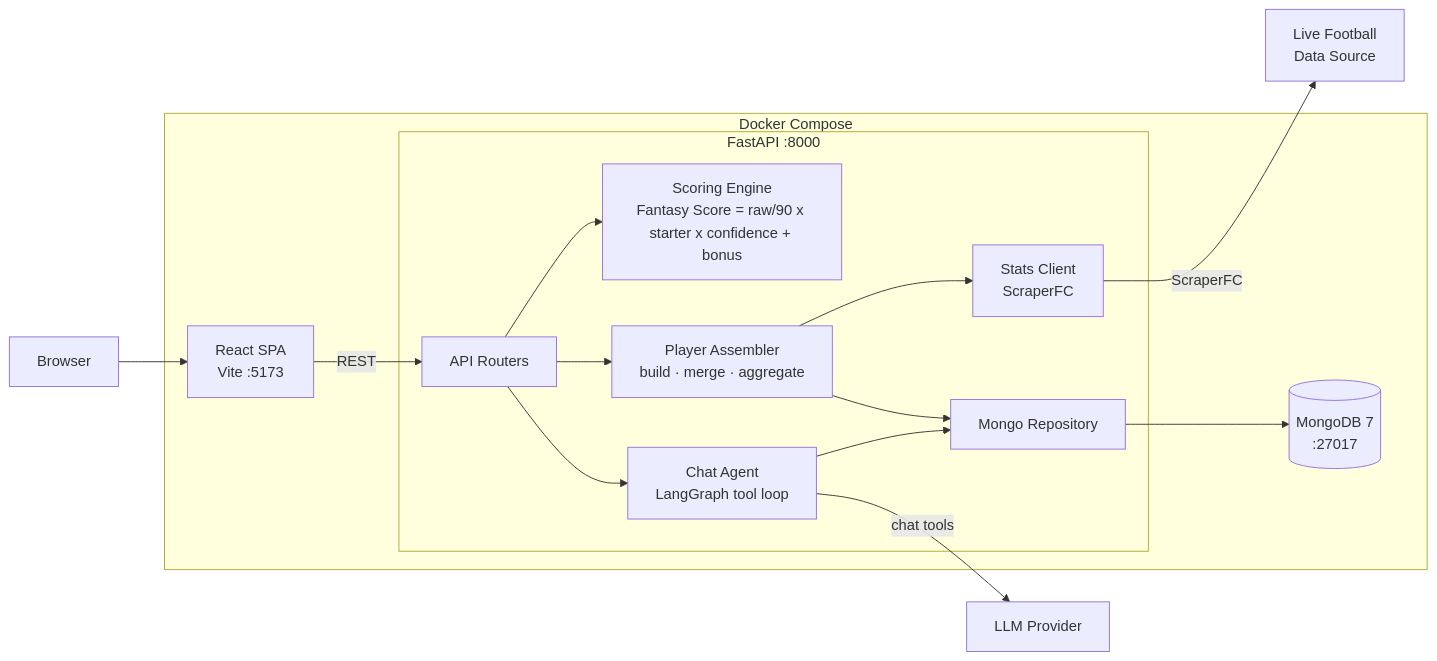
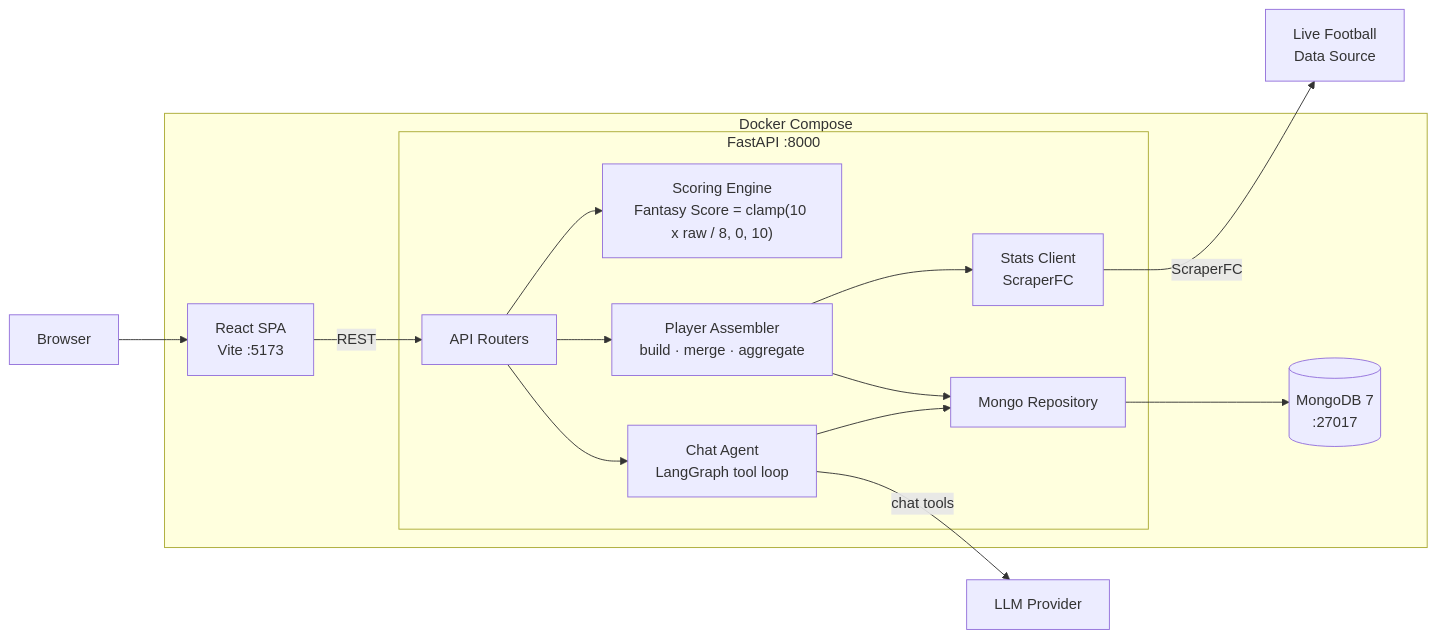
Before and after one commit to YonatanHen/Football-Analytics: the diagram in README.md, drawn with Mermaid. The commit also changed other lines of this file and 2 other files, not shown here.

Commit message:
docs: Fantasy Score 0-10 formula

````diff
--- a/README.md
+++ b/README.md
@@ -61,32 +61,32 @@
 ```mermaid
 flowchart LR
     User["Browser"]
 
     subgraph Docker["Docker Compose"]
         FE["React SPA\nVite :5173"]
         subgraph Backend["FastAPI :8000"]
             API["API Routers"]
-            SE["Scoring Engine\nFantasy Score = raw/90 x starter x confidence + bonus"]
+            SE["Scoring Engine\nFantasy Score = clamp(10 x raw / 8, 0, 10)"]
             PA["Player Assembler\nbuild · merge · aggregate"]
             SC["Stats Client\nScraperFC"]
             MR["Mongo Repository"]
             CA["Chat Agent\nLangGraph tool loop"]
         end
         DB[("MongoDB 7\n:27017")]
     end
 
     EXT["Live Football\nData Source"]
     LLM["LLM Provider"]
 
     User --> FE
     FE -- REST --> API
     API --> SE
     API --> PA
     API --> CA
     PA --> SC
     PA --> MR
     CA --> MR
     CA -- "chat tools" --> LLM
     MR --> DB
     SC -- "ScraperFC" --> EXT
 ```
````
